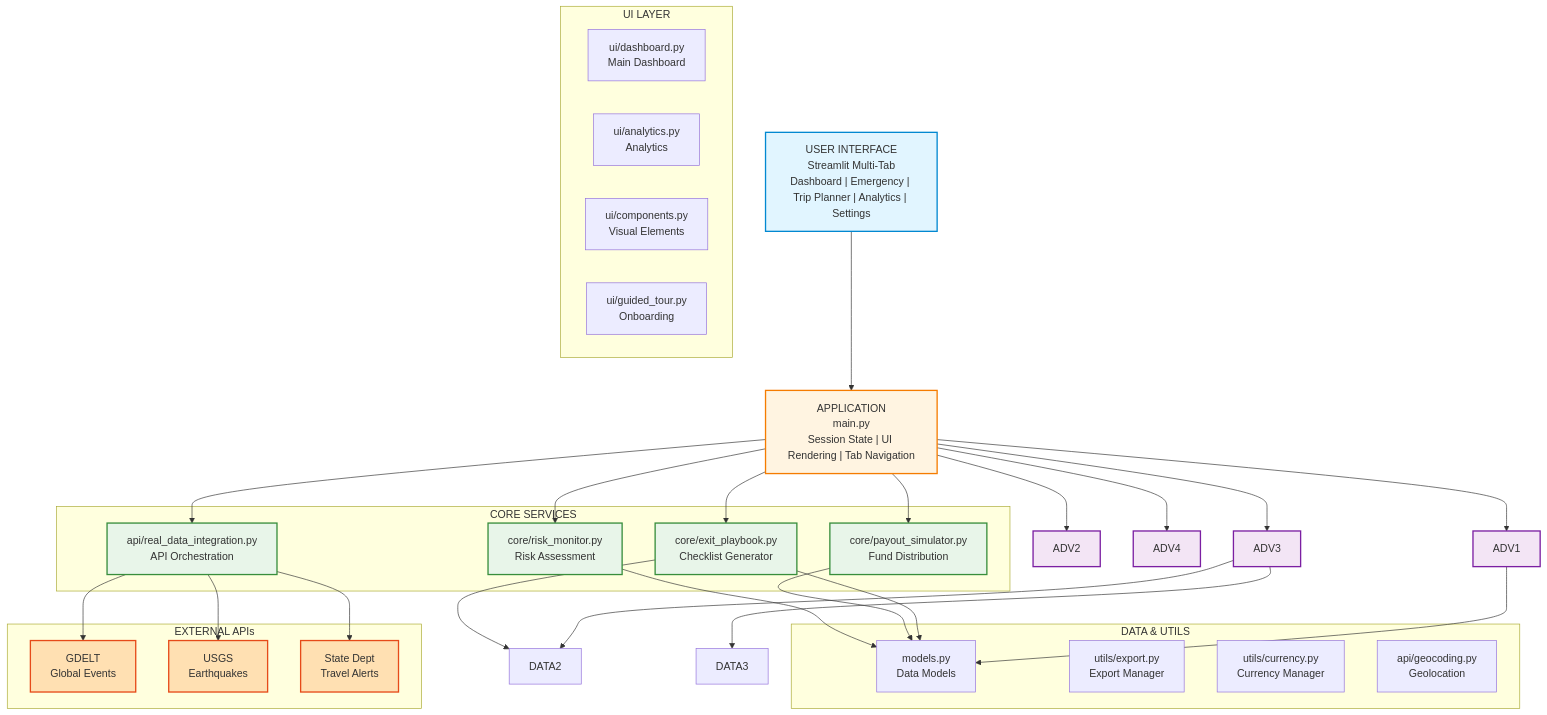
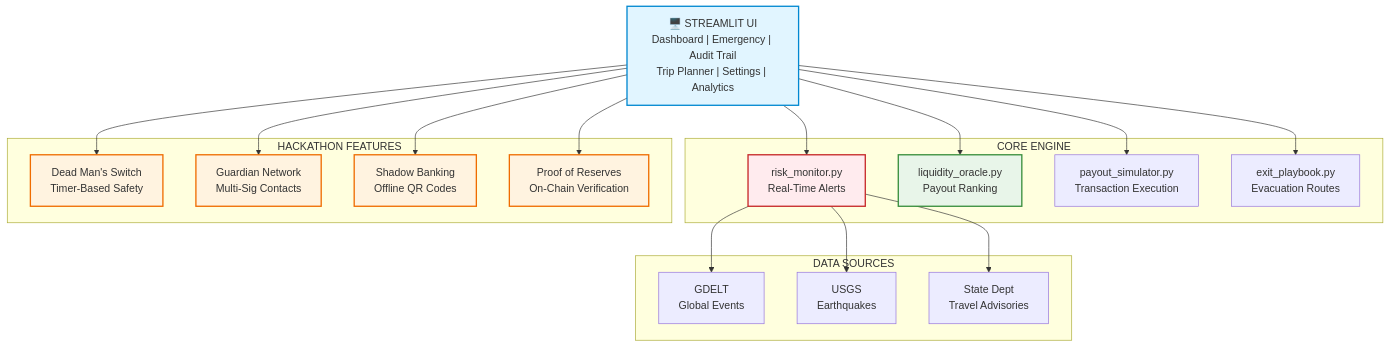
The second of 3 diagrams in README.md (ankitlade12/SafePassage), drawn with Mermaid before and after one commit. The commit also changed other lines of this file and 5 other files, not shown here.

First line of the commit message:
feat: Add hackathon features - Chaos Slider, Sankey Diagram, Dead Man's Switch, Guardian Network, Shadow Banking, Crisis Packet, Proof of Reserves

````diff
--- a/README.md
+++ b/README.md
@@ -69,70 +55,46 @@
 ```mermaid
 graph TB
-UI[" USER INTERFACE<br/>Streamlit Multi-Tab<br/>Dashboard | Emergency | Trip Planner | Analytics | Settings"]
-APP[" APPLICATION<br/>main.py<br/>Session State | UI Rendering | Tab Navigation"]
+    UI["🖥️ STREAMLIT UI<br/>Dashboard | Emergency | Audit Trail<br/>Trip Planner | Settings | Analytics"]
+    
+    subgraph "CORE ENGINE"
+        RM["risk_monitor.py<br/>Real-Time Alerts"]
+        LO["liquidity_oracle.py<br/>Payout Ranking"]
+        PS["payout_simulator.py<br/>Transaction Execution"]
+        EP["exit_playbook.py<br/>Evacuation Routes"]
+    end
+    
+    subgraph "HACKATHON FEATURES"
+        HF1["Dead Man's Switch<br/>Timer-Based Safety"]
+        HF2["Guardian Network<br/>Multi-Sig Contacts"]
+        HF3["Shadow Banking<br/>Offline QR Codes"]
+        HF4["Proof of Reserves<br/>On-Chain Verification"]
+    end
+    
+    subgraph "DATA SOURCES"
+        API1["GDELT<br/>Global Events"]
+        API2["USGS<br/>Earthquakes"]
+        API3["State Dept<br/>Travel Advisories"]
+    end
 
-subgraph "CORE SERVICES"
-SVC1["core/risk_monitor.py<br/>Risk Assessment"]
-SVC2["core/payout_simulator.py<br/>Fund Distribution"]
-SVC3["core/exit_playbook.py<br/>Checklist Generator"]
-SVC4["api/real_data_integration.py<br/>API Orchestration"]
-end
+    UI --> RM
+    UI --> LO
+    UI --> PS
+    UI --> EP
+    
+    RM --> API1
+    RM --> API2
+    RM --> API3
+    
+    UI --> HF1
+    UI --> HF2
+    UI --> HF3
+    UI --> HF4
 
-subgraph "UI LAYER"
-UI1["ui/dashboard.py<br/>Main Dashboard"]
-UI2["ui/analytics.py<br/>Analytics"]
-UI3["ui/components.py<br/>Visual Elements"]
-UI4["ui/guided_tour.py<br/>Onboarding"]
-end
-
-subgraph "DATA & UTILS"
-DATA1["models.py<br/>Data Models"]
-UTIL1["utils/export.py<br/>Export Manager"]
-UTIL2["utils/currency.py<br/>Currency Manager"]
-API1["api/geocoding.py<br/>Geolocation"]
-end
-
-subgraph "EXTERNAL APIs"
-EXT1[" GDELT<br/>Global Events"]
-EXT2[" USGS<br/>Earthquakes"]
-EXT3[" State Dept<br/>Travel Alerts"]
-end
-
-UI --> APP
-APP --> SVC1
-APP --> SVC2
-APP --> SVC3
-APP --> SVC4
-
-APP --> ADV1
-APP --> ADV2
-APP --> ADV3
-APP --> ADV4
-
-SVC1 --> DATA1
-SVC2 --> DATA1
-SVC3 --> DATA1
-SVC3 --> DATA2
-
-SVC4 --> EXT1
-SVC4 --> EXT2
-SVC4 --> EXT3
-
-ADV1 --> DATA1
-ADV3 --> DATA2
-ADV3 --> DATA3
-
-style UI fill:#e1f5ff,stroke:#0288d1,stroke-width:2px
-style APP fill:#fff4e1,stroke:#f57c00,stroke-width:2px
-style SVC1 fill:#e8f5e9,stroke:#388e3c,stroke-width:2px
-style SVC2 fill:#e8f5e9,stroke:#388e3c,stroke-width:2px
-style SVC3 fill:#e8f5e9,stroke:#388e3c,stroke-width:2px
-style SVC4 fill:#e8f5e9,stroke:#388e3c,stroke-width:2px
-style ADV1 fill:#f3e5f5,stroke:#7b1fa2,stroke-width:2px
-style ADV2 fill:#f3e5f5,stroke:#7b1fa2,stroke-width:2px
-style ADV3 fill:#f3e5f5,stroke:#7b1fa2,stroke-width:2px
-style ADV4 fill:#f3e5f5,stroke:#7b1fa2,stroke-width:2px
-style EXT1 fill:#ffe0b2,stroke:#e64a19,stroke-width:2px
-style EXT2 fill:#ffe0b2,stroke:#e64a19,stroke-width:2px
-style EXT3 fill:#ffe0b2,stroke:#e64a19,stroke-width:2px
+    style UI fill:#e1f5ff,stroke:#0288d1,stroke-width:2px
+    style RM fill:#ffebee,stroke:#c62828,stroke-width:2px
+    style LO fill:#e8f5e9,stroke:#388e3c,stroke-width:2px
+    style HF1 fill:#fff3e0,stroke:#ef6c00,stroke-width:2px
+    style HF2 fill:#fff3e0,stroke:#ef6c00,stroke-width:2px
+    style HF3 fill:#fff3e0,stroke:#ef6c00,stroke-width:2px
+    style HF4 fill:#fff3e0,stroke:#ef6c00,stroke-width:2px
 ```
````
